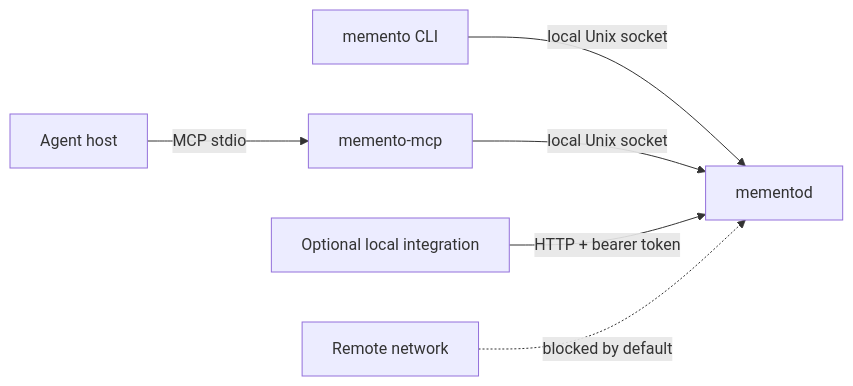
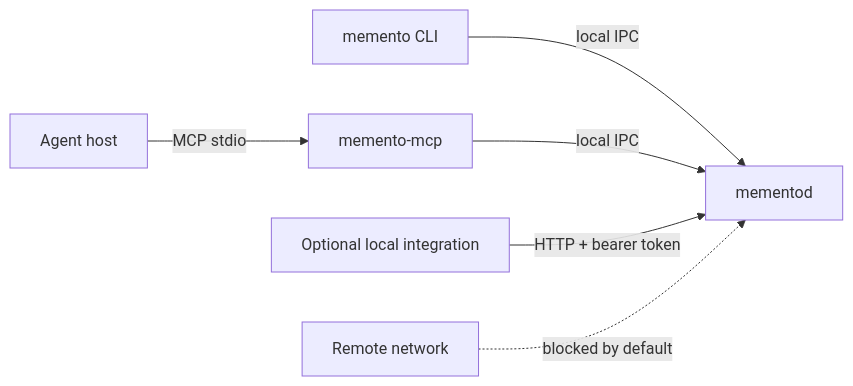
One commit to ArvorCo/memento changed the seventh of 8 diagrams in docs/ARCHITECTURE.md. Above: the diagram before and after it, drawn with Mermaid. The commit also changed other lines of this file and 49 other files, not shown here.

````diff
--- a/docs/ARCHITECTURE.md
+++ b/docs/ARCHITECTURE.md
@@ -274,11 +276,11 @@
 ```mermaid
 flowchart LR
     accTitle: Memento transport trust boundaries
-    accDescr: The CLI and MCP server use a local Unix socket by default. MCP communicates with its host over standard input and output. Optional HTTP is separately authenticated and restricted to loopback unless the operator explicitly overrides the safeguard.
+    accDescr: The CLI and MCP server use a local Unix socket on macOS and Linux or a private named pipe on Windows. MCP communicates with its host over standard input and output. Optional HTTP is separately authenticated and restricted to loopback unless the operator explicitly overrides the safeguard.
 
-    cli["memento CLI"] -->|local Unix socket| daemon["mementod"]
+    cli["memento CLI"] -->|local IPC| daemon["mementod"]
     host["Agent host"] -->|MCP stdio| mcp["memento-mcp"]
-    mcp -->|local Unix socket| daemon
+    mcp -->|local IPC| daemon
     local["Optional local integration"] -->|HTTP + bearer token| daemon
     remote["Remote network"] -.->|blocked by default| daemon
 ```
````
